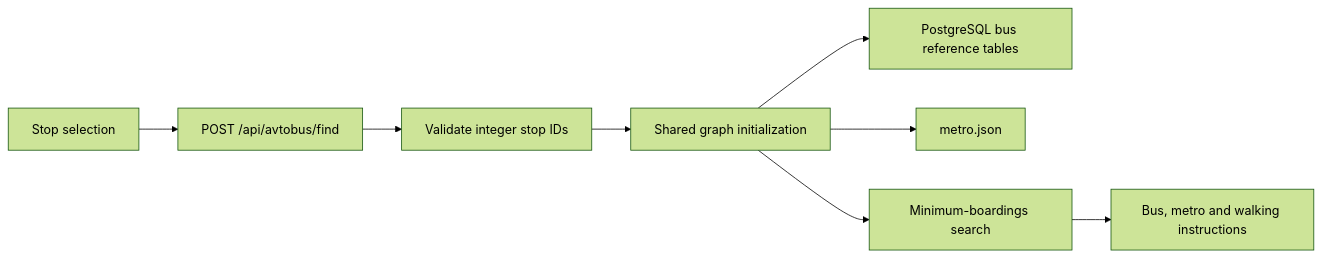
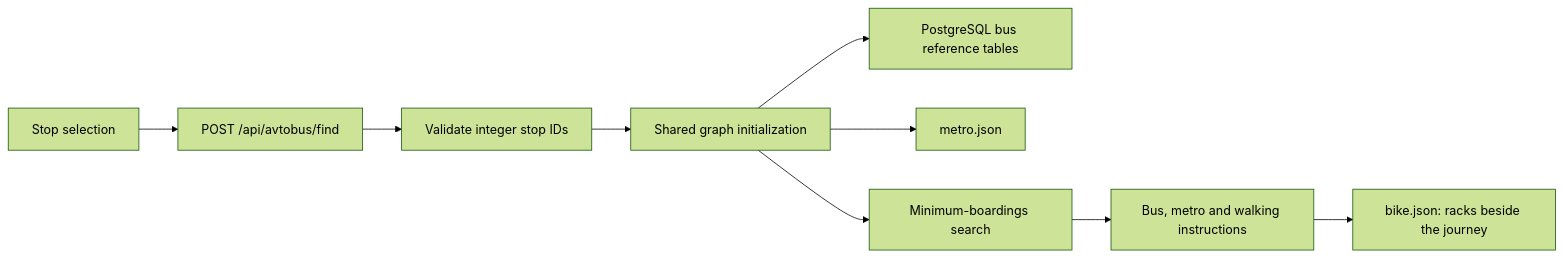
One commit to ismatsamadov/line changed the diagram in earlier/jobloom/birjob/docs/bus-routing.md. Above: the diagram before and after it, drawn with Mermaid (forest theme). The commit also changed other lines of this file and 10 other files, not shown here.

````diff
--- a/earlier/jobloom/birjob/docs/bus-routing.md
+++ b/earlier/jobloom/birjob/docs/bus-routing.md
@@ -8,10 +10,11 @@
 ```mermaid
 flowchart LR
   A[Stop selection] --> B[POST /api/avtobus/find]
   B --> C[Validate integer stop IDs]
   C --> D[Shared graph initialization]
   D --> E[PostgreSQL bus reference tables]
   D --> M[metro.json]
   D --> F[Minimum-boardings search]
   F --> G[Bus, metro and walking instructions]
+  G --> K[bike.json: racks beside the journey]
 ```
````
